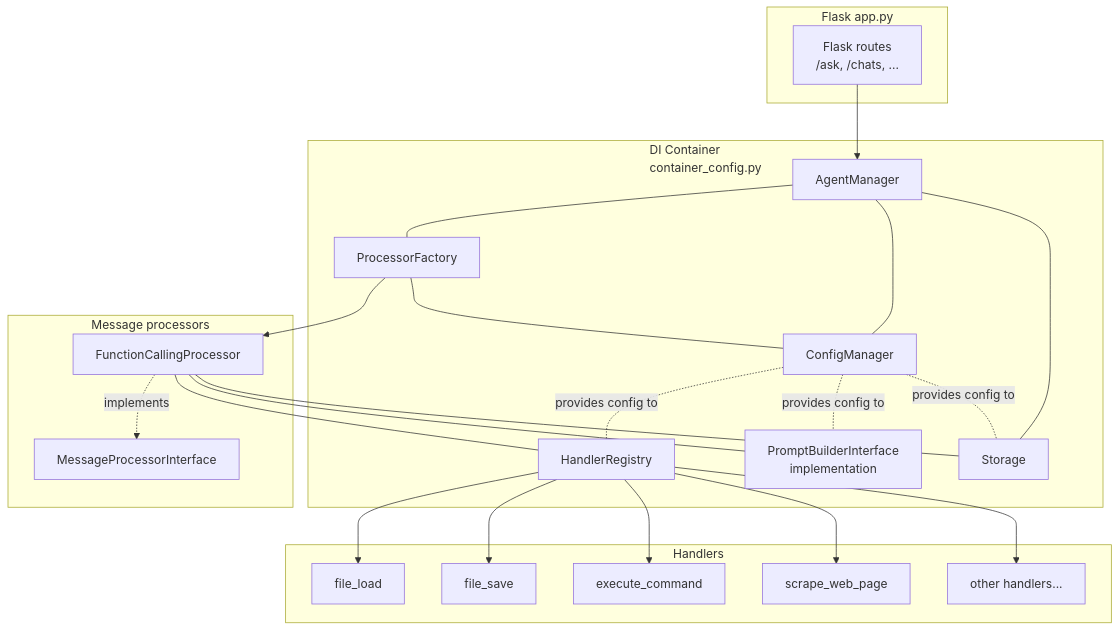
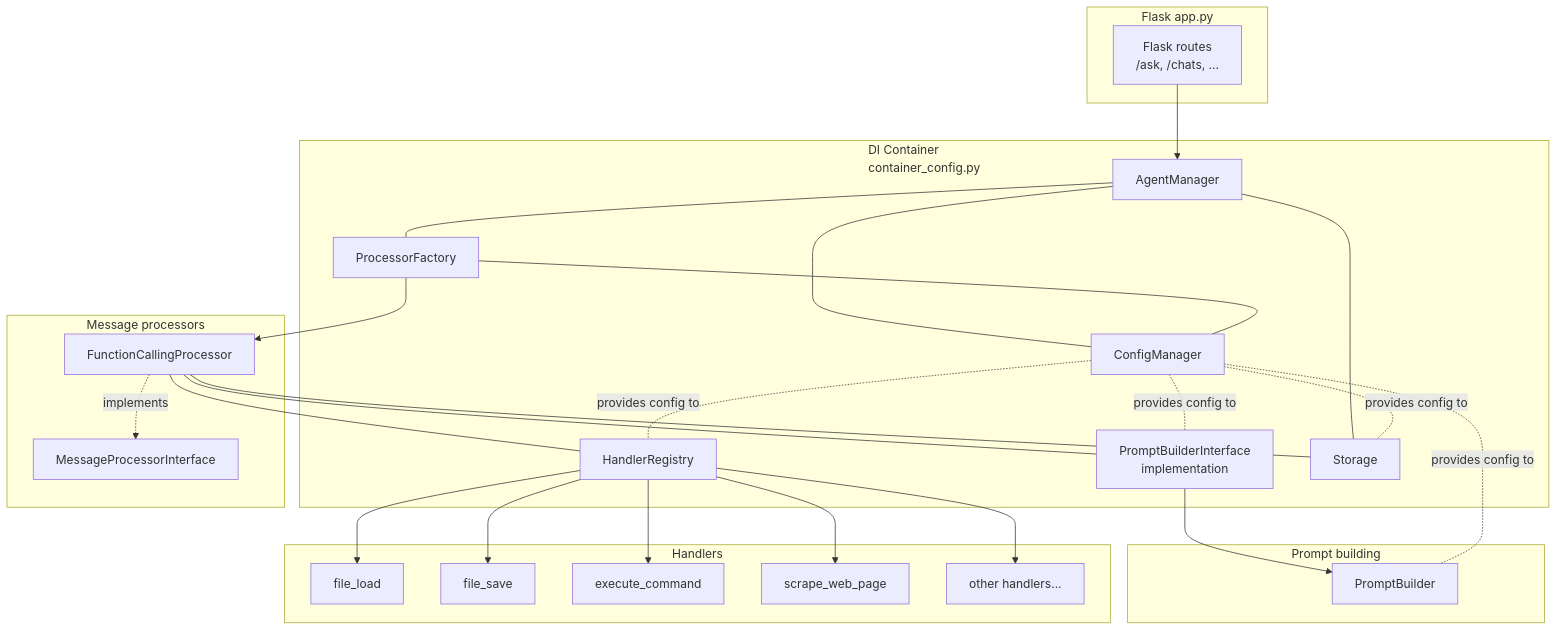
One commit to junwin/lucy changed the diagram in docs/architecture_overview.md. Above: the diagram before and after it, drawn with Mermaid. The commit also changed other lines of this file and 10 other files, not shown here.

````diff
--- a/docs/architecture_overview.md
+++ b/docs/architecture_overview.md
@@ -18,53 +32,60 @@
 ```mermaid
 graph TD
     subgraph App[Flask app.py]
         A[Flask routes<br/>/ask, /chats, ...]
     end
 
     subgraph DI[DI Container<br/>container_config.py]
         Cfg[ConfigManager]
         HR[HandlerRegistry]
         PF[ProcessorFactory]
         PB[PromptBuilderInterface<br/>implementation]
         St[Storage]
         AM[AgentManager]
     end
 
     subgraph MP[Message processors]
         FCP[FunctionCallingProcessor]
         MPI[MessageProcessorInterface]
+    end
+
+    subgraph PBld[Prompt building]
+        PBImpl[PromptBuilder]
     end
 
     subgraph H[Handlers]
         H1[file_load]
         H2[file_save]
         H3[execute_command]
         H4[scrape_web_page]
         Hn[other handlers...]
     end
 
     A --> AM
 
     AM --- Cfg
     AM --- PF
     AM --- St
 
     PF --- Cfg
     PF --> FCP
 
     FCP -.implements .-> MPI
 
     FCP --- PB
     FCP --- HR
     FCP --- St
 
+    PB --> PBImpl
+
     HR --> H1
     HR --> H2
     HR --> H3
     HR --> H4
     HR --> Hn
 
     Cfg -.provides config to .- HR
     Cfg -.provides config to .- St
     Cfg -.provides config to .- PB
+    Cfg -.provides config to .- PBImpl
 ```
````
